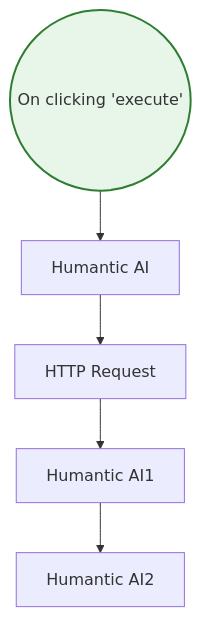
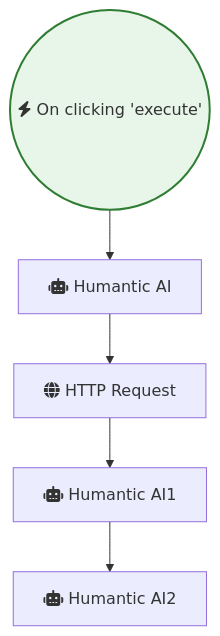
One commit to sreyash3105/N8N-DEMO-AUTOMATIONS changed the diagram in Other_Integrations_and_Use_Cases/Create Update and Get a Profile in Humantic Ai.md. Above: the diagram before and after it, drawn with Mermaid. The commit also changed 291 other files, not shown here.

````diff
--- a/Other_Integrations_and_Use_Cases/Create Update and Get a Profile in Humantic Ai.md
+++ b/Other_Integrations_and_Use_Cases/Create Update and Get a Profile in Humantic Ai.md
@@ -1,17 +1,17 @@
 ```mermaid
 graph TD
     classDef trigger fill:#e8f5e9,stroke:#2e7d32,stroke-width:2px;
     classDef ai fill:#e3f2fd,stroke:#1565c0,stroke-width:2px;
     classDef logic fill:#fff3e0,stroke:#ef6c00,stroke-width:2px;
 
-    On_clicking__execute_(("On clicking 'execute'")):::trigger
-    Humantic_AI["Humantic AI"]
-    HTTP_Request["HTTP Request"]
-    Humantic_AI1["Humantic AI1"]
-    Humantic_AI2["Humantic AI2"]
+    On_clicking__execute_(("fas:fa-bolt On clicking 'execute'")):::trigger
+    Humantic_AI["fas:fa-robot Humantic AI"]
+    HTTP_Request["fas:fa-globe HTTP Request"]
+    Humantic_AI1["fas:fa-robot Humantic AI1"]
+    Humantic_AI2["fas:fa-robot Humantic AI2"]
 
     Humantic_AI --> HTTP_Request
     HTTP_Request --> Humantic_AI1
     Humantic_AI1 --> Humantic_AI2
     On_clicking__execute_ --> Humantic_AI
 ```
````
